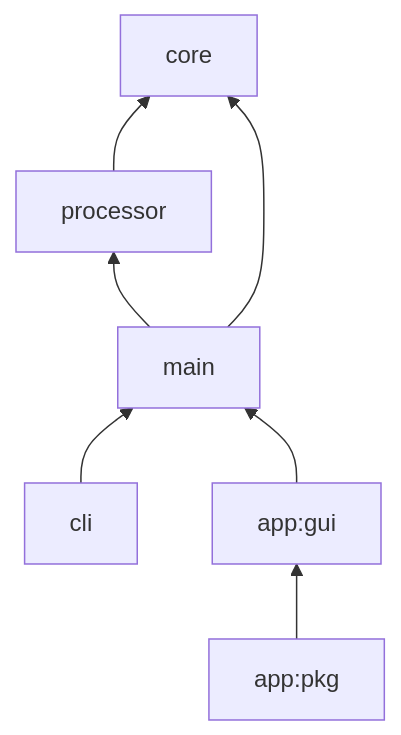
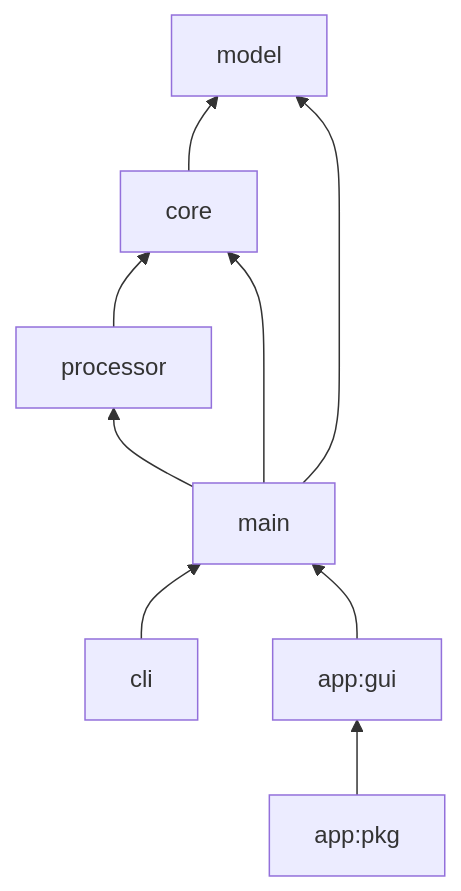
Before and after one commit to MobilityData/gtfs-validator: the diagram in docs/ARCHITECTURE.md, drawn with Mermaid. The commit also changed other lines of this file and 34 other files, not shown here.

````diff
--- a/docs/ARCHITECTURE.md
+++ b/docs/ARCHITECTURE.md
@@ -4,10 +4,12 @@
 ```mermaid
 graph BT;
-  core
+  model
+    core-->model;
     processor-->core;
+    main-->model;
     main-->core;
     main-->processor;
     cli-->main;
     app:gui-->main;
     app:pkg-->app:gui;
 ```
````
